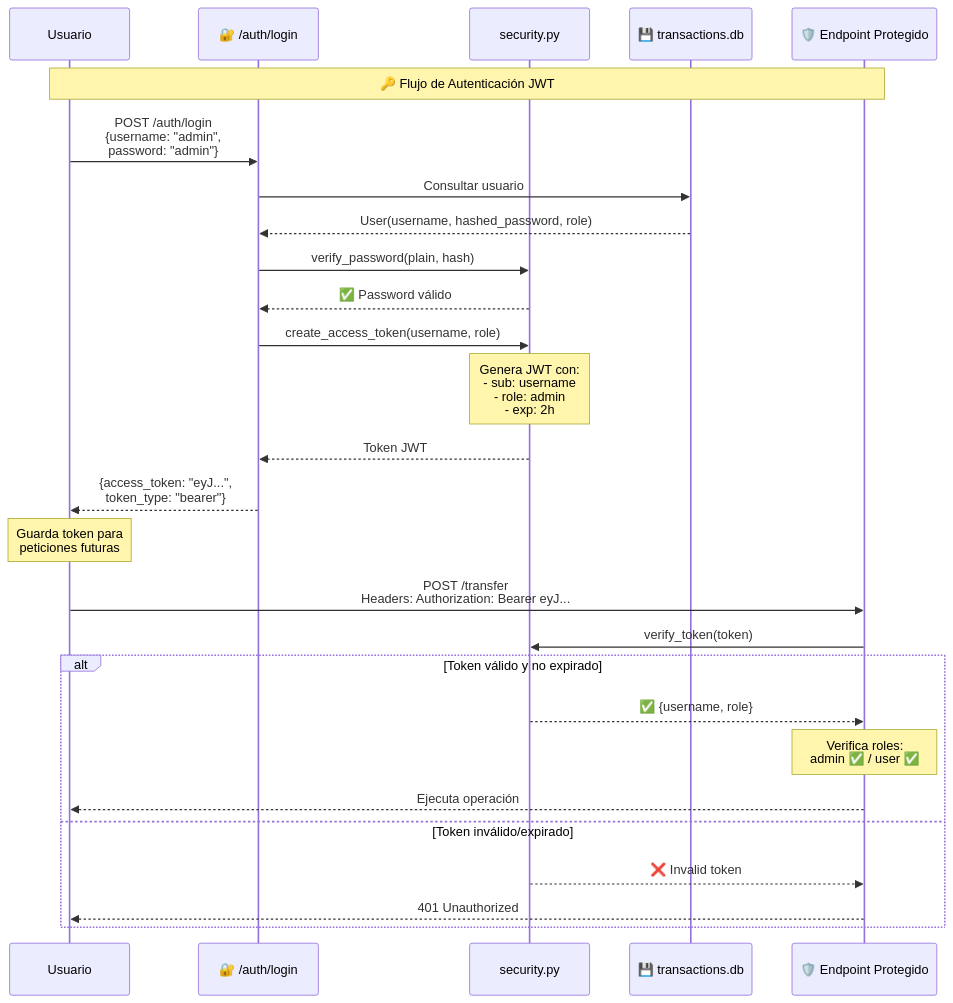
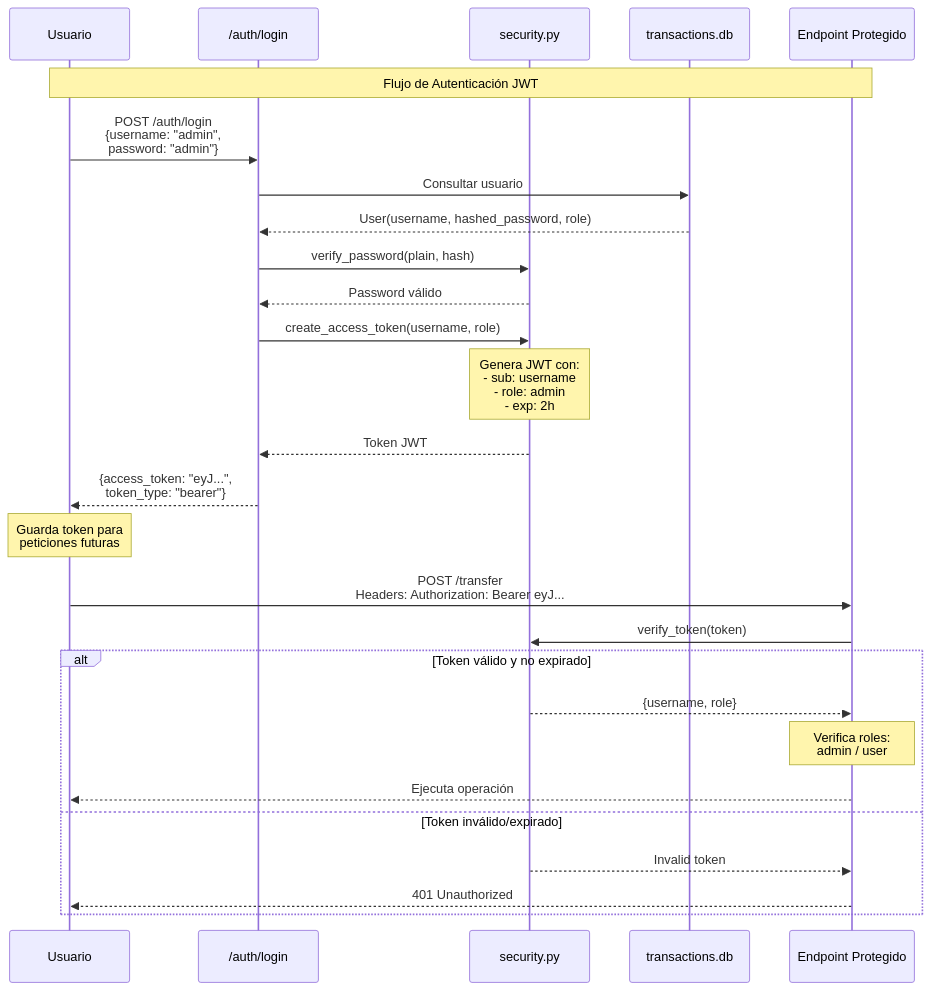
The fifth of 8 diagrams in README_DOCUMENTACION.md (axlprz/APIv2final), drawn with Mermaid before and after one commit. The commit also changed other lines of this file, not shown here.

````diff
--- a/README_DOCUMENTACION.md
+++ b/README_DOCUMENTACION.md
@@ -344,38 +344,38 @@
 ```mermaid
 sequenceDiagram
     participant Usuario
-    participant Auth as 🔐 /auth/login
+    participant Auth as /auth/login
     participant Security as security.py
-    participant DB as 💾 transactions.db
-    participant Protected as 🛡️ Endpoint Protegido
+    participant DB as transactions.db
+    participant Protected as Endpoint Protegido
     
-    Note over Usuario,Protected: 🔑 Flujo de Autenticación JWT
+    Note over Usuario,Protected: Flujo de Autenticación JWT
     
     Usuario->>Auth: POST /auth/login<br/>{username: "admin",<br/>password: "admin"}
     
     Auth->>DB: Consultar usuario
     DB-->>Auth: User(username, hashed_password, role)
     
     Auth->>Security: verify_password(plain, hash)
-    Security-->>Auth: ✅ Password válido
+    Security-->>Auth: Password válido
     
     Auth->>Security: create_access_token(username, role)
     Note over Security: Genera JWT con:<br/>- sub: username<br/>- role: admin<br/>- exp: 2h
     Security-->>Auth: Token JWT
     
     Auth-->>Usuario: {access_token: "eyJ...",<br/>token_type: "bearer"}
     
     Note over Usuario: Guarda token para<br/>peticiones futuras
     
     Usuario->>Protected: POST /transfer<br/>Headers: Authorization: Bearer eyJ...
     
     Protected->>Security: verify_token(token)
     alt Token válido y no expirado
-        Security-->>Protected: ✅ {username, role}
-        Note over Protected: Verifica roles:<br/>admin ✅ / user ✅
+        Security-->>Protected: {username, role}
+        Note over Protected: Verifica roles:<br/>admin / user
         Protected-->>Usuario: Ejecuta operación
     else Token inválido/expirado
-        Security-->>Protected: ❌ Invalid token
+        Security-->>Protected: Invalid token
         Protected-->>Usuario: 401 Unauthorized
     end
 ```
````
